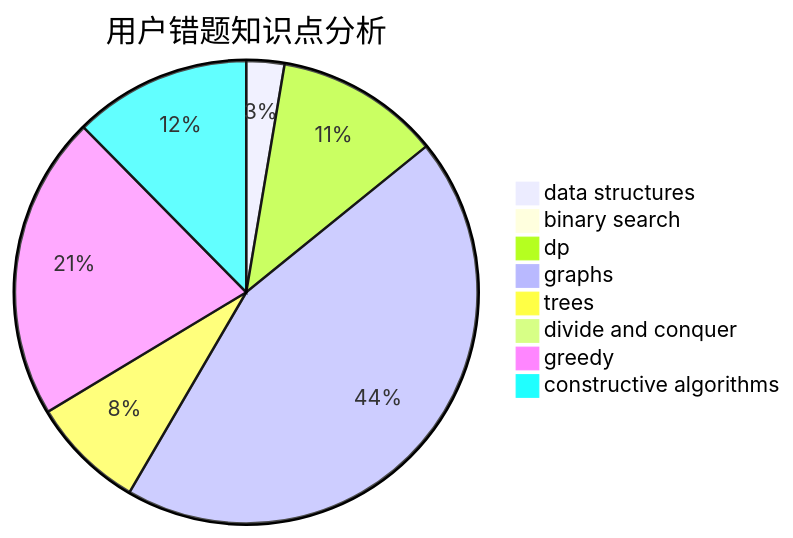
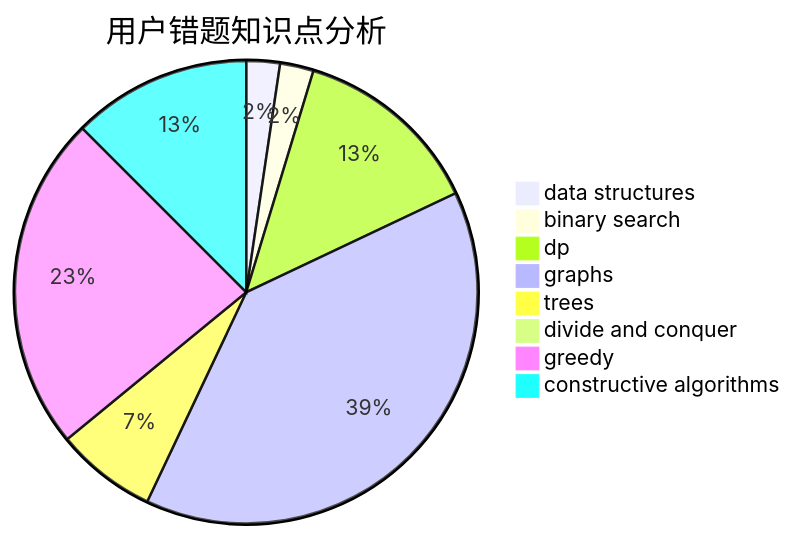
One commit to sherpahu/cfrs.github.io changed the third of 3 diagrams in docs/user/u47.md. Above: the diagram before and after it, drawn with Mermaid. The commit also changed other lines of this file and 2770 other files, not shown here.

````diff
--- a/docs/user/u47.md
+++ b/docs/user/u47.md
@@ -36,11 +36,11 @@
 ```mermaid
 pie title 用户错题知识点分析
     "data structures" :  3
-    "binary search" :  1
-    "dp" :  13
+    "binary search" :  3
+    "dp" :  17
     "graphs" :  50
     "trees" :  9
     "divide and conquer" :  0
-    "greedy" :  24
-    "constructive algorithms" :  14
+    "greedy" :  30
+    "constructive algorithms" :  16
 ```
````
